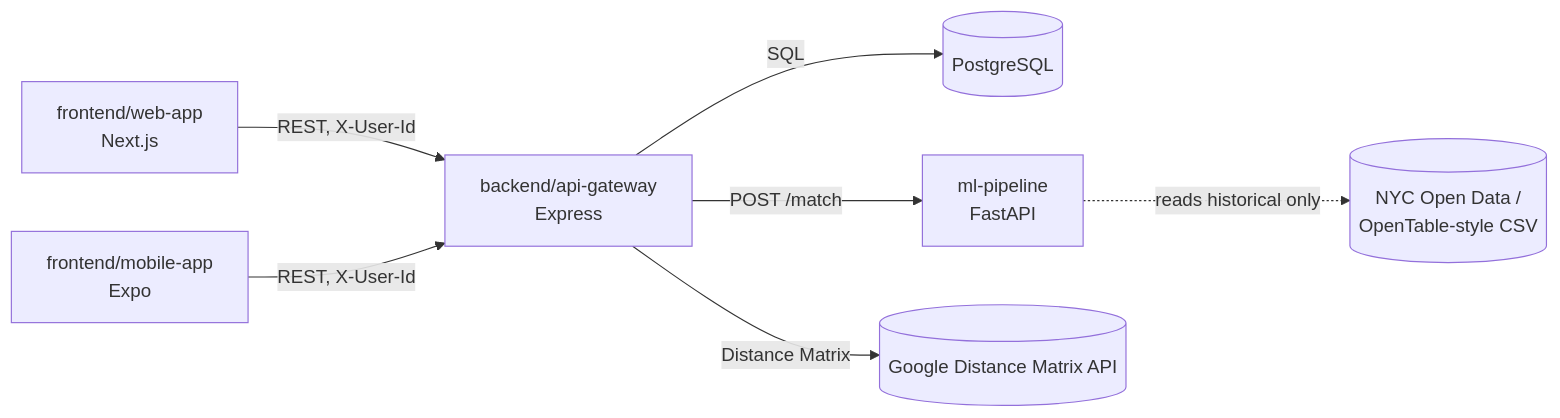
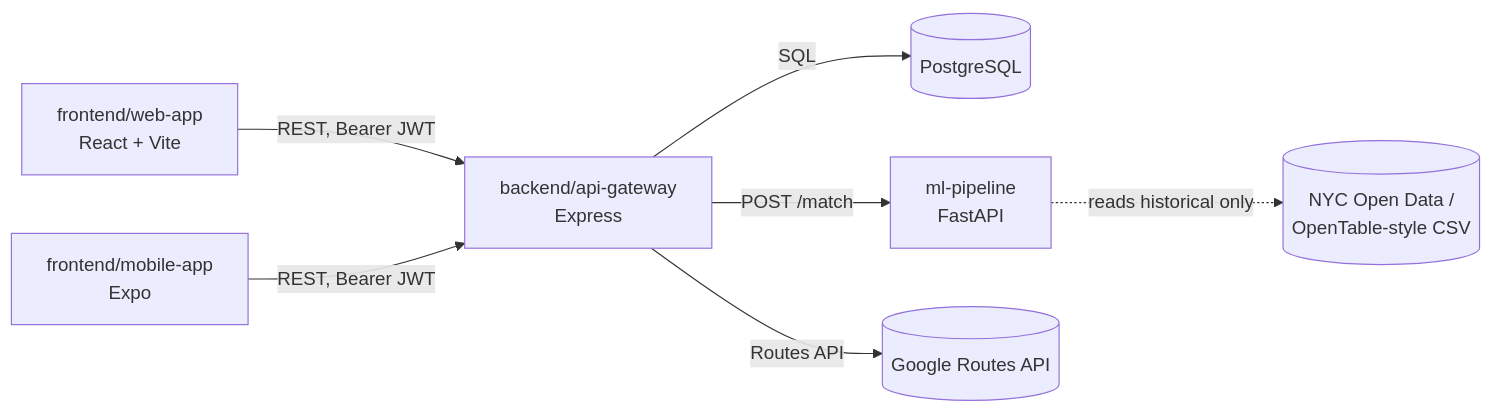
Before and after one commit to chukwuemekanwoke-jpg/comp47360-team2: the diagram in docs/integration-strategy.md, drawn with Mermaid. The commit also changed other lines of this file and 7 other files, not shown here.

````diff
--- a/docs/integration-strategy.md
+++ b/docs/integration-strategy.md
@@ -24,9 +24,9 @@
 ```mermaid
 flowchart LR
-  WEB[frontend/web-app<br/>Next.js] -->|REST, X-User-Id| GW[backend/api-gateway<br/>Express]
-  MOB[frontend/mobile-app<br/>Expo] -->|REST, X-User-Id| GW
+  WEB[frontend/web-app<br/>React + Vite] -->|REST, Bearer JWT| GW[backend/api-gateway<br/>Express]
+  MOB[frontend/mobile-app<br/>Expo] -->|REST, Bearer JWT| GW
   GW -->|SQL| DB[(PostgreSQL)]
   GW -->|POST /match| ML[ml-pipeline<br/>FastAPI]
-  GW -->|Distance Matrix| GMAPS[(Google Distance Matrix API)]
+  GW -->|Routes API| GMAPS[(Google Routes API)]
   ML -.->|reads historical only| DATASETS[(NYC Open Data /<br/>OpenTable-style CSV)]
 ```
````
